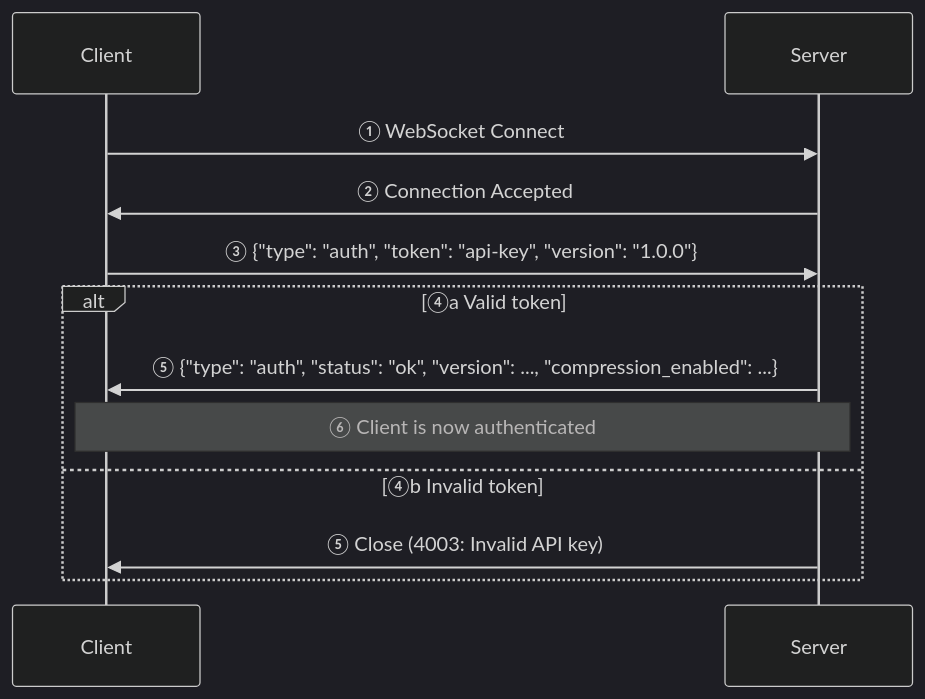
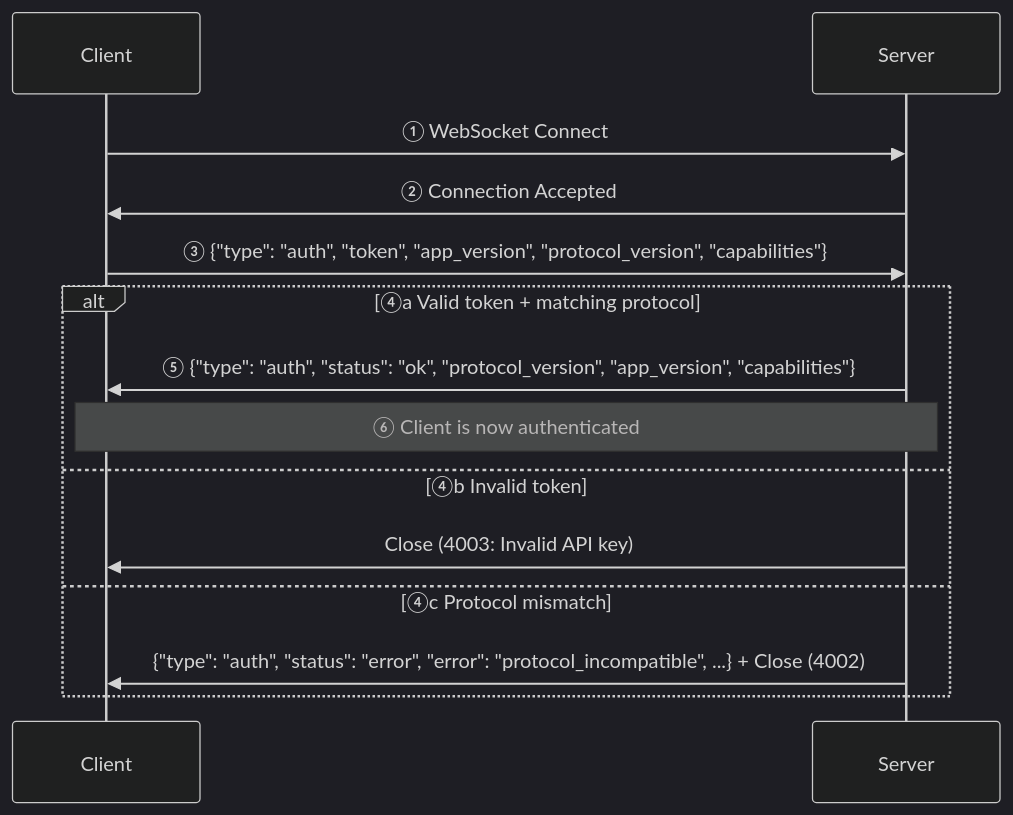
The second of 2 diagrams in docs/api.md (albertsdk/hsync-server), drawn with Mermaid (dark theme) before and after one commit. The commit also changed other lines of this file and 1 other file, not shown here.

Commit message:
docs: fix api.md gaps and align CONTRIBUTING toolchain

````diff
--- a/docs/api.md
+++ b/docs/api.md
@@ -296,15 +308,17 @@
 ```mermaid
 sequenceDiagram
     participant C as Client
     participant S as Server
 
     C->>S: ① WebSocket Connect
     S->>C: ② Connection Accepted
-    C->>S: ③ {"type": "auth", "token": "api-key", "version": "1.0.0"}
-    alt ④a Valid token
-        S->>C: ⑤ {"type": "auth", "status": "ok", "version": ..., "compression_enabled": ...}
+    C->>S: ③ {"type": "auth", "token", "app_version", "protocol_version", "capabilities"}
+    alt ④a Valid token + matching protocol
+        S->>C: ⑤ {"type": "auth", "status": "ok", "protocol_version", "app_version", "capabilities"}
         Note over C,S: ⑥ Client is now authenticated
     else ④b Invalid token
-        S->>C: ⑤ Close (4003: Invalid API key)
+        S->>C: Close (4003: Invalid API key)
+    else ④c Protocol mismatch
+        S->>C: {"type": "auth", "status": "error", "error": "protocol_incompatible", ...} + Close (4002)
     end
 ```
````
